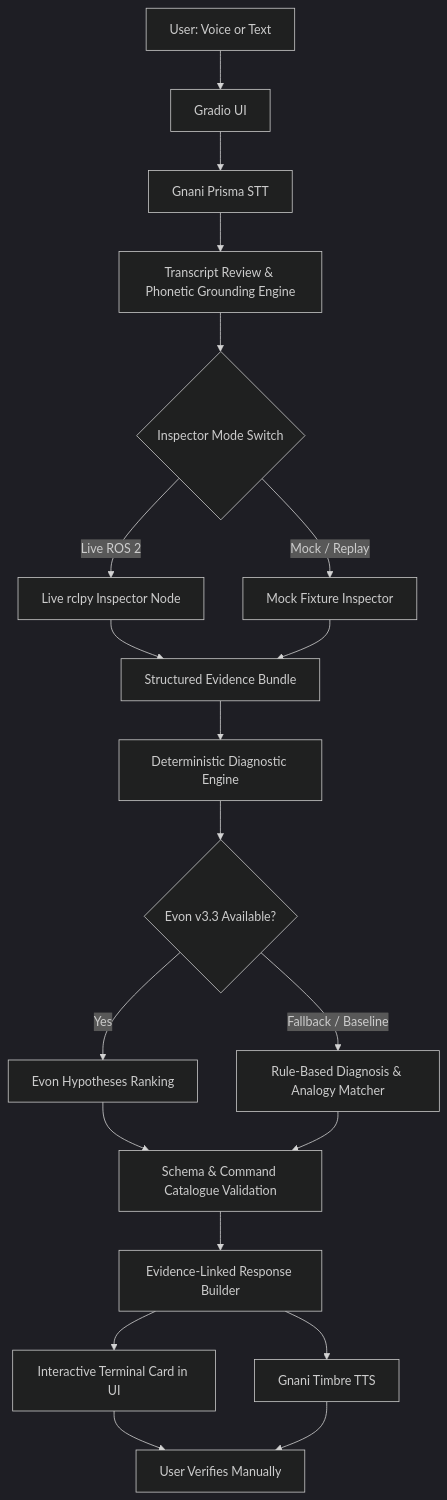
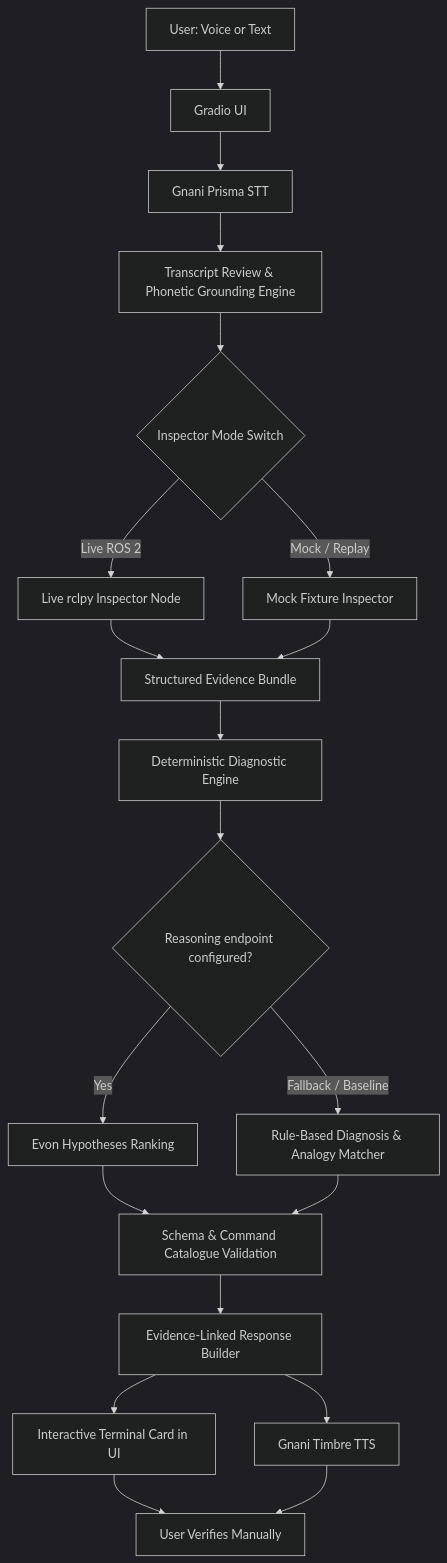
Before and after one commit to nandu123-1/RoboSahaya-Studio: the diagram in README.md, drawn with Mermaid (dark theme). The commit also changed other lines of this file, not shown here.

````diff
--- a/README.md
+++ b/README.md
@@ -25,22 +25,22 @@
 ```mermaid
 flowchart TD
     A[User: Voice or Text] --> B[Gradio UI]
     B --> C[Gnani Prisma STT]
     C --> D[Transcript Review & Phonetic Grounding Engine]
     D --> E{Inspector Mode Switch}
     E -->|Live ROS 2| F1[Live rclpy Inspector Node]
     E -->|Mock / Replay| F2[Mock Fixture Inspector]
     F1 --> G[Structured Evidence Bundle]
     F2 --> G
     G --> H[Deterministic Diagnostic Engine]
-    H --> I{Evon v3.3 Available?}
+    H --> I{Reasoning endpoint configured?}
     I -- Fallback / Baseline --> J[Rule-Based Diagnosis & Analogy Matcher]
     I -- Yes --> K[Evon Hypotheses Ranking]
     K --> L[Schema & Command Catalogue Validation]
     J --> L
     L --> M[Evidence-Linked Response Builder]
     M --> N[Interactive Terminal Card in UI]
     M --> O[Gnani Timbre TTS]
     N --> P[User Verifies Manually]
     O --> P
 ```
````
